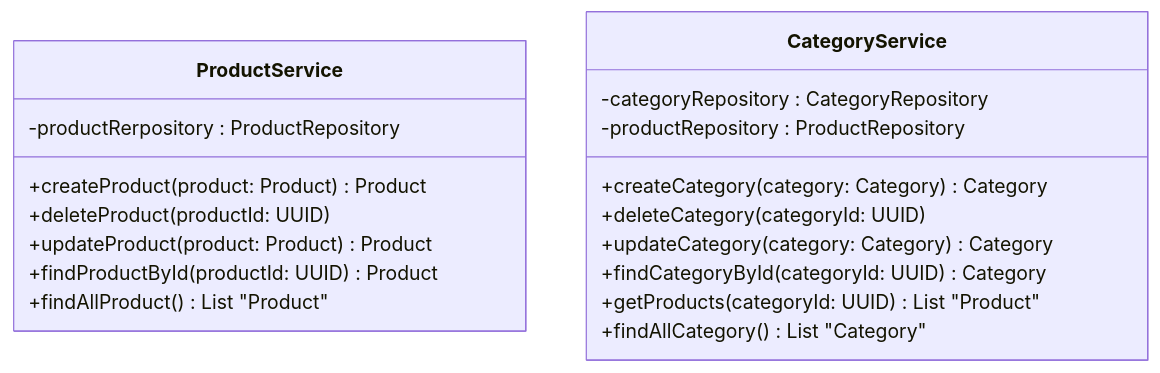
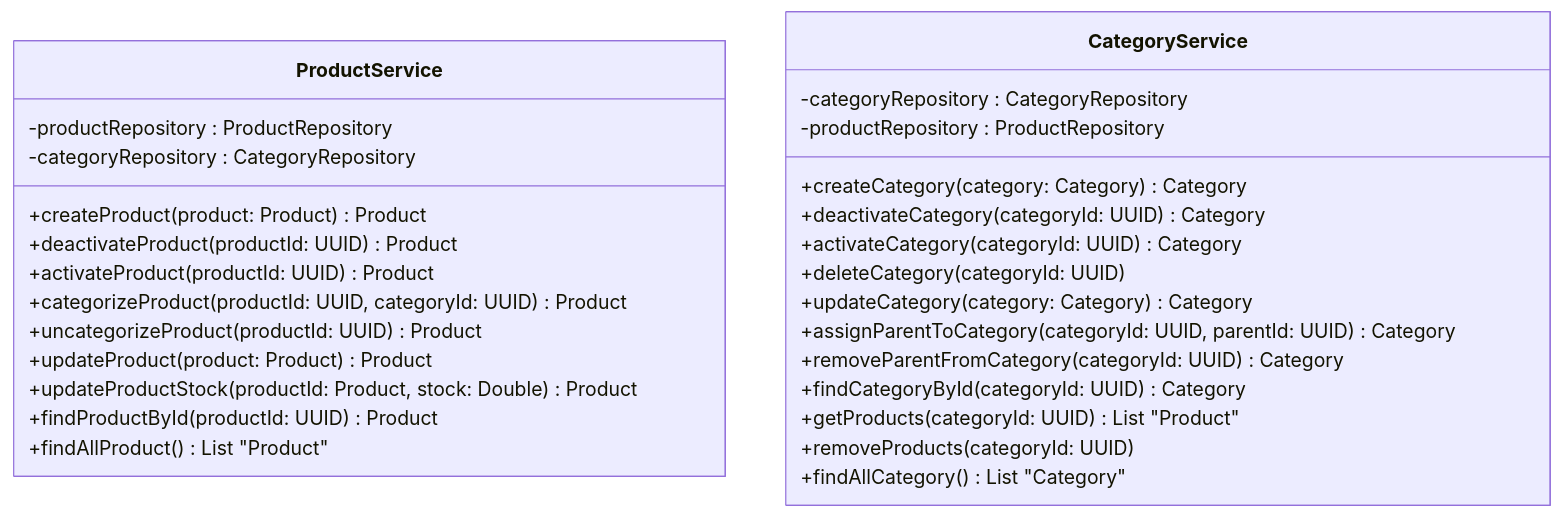
One commit to fruzsina-banyai/webshop changed the fifth of 6 diagrams in documentation/product_catalog/product_catalog.md. Above: the diagram before and after it, drawn with Mermaid. The commit also changed other lines of this file and 1 other file, not shown here.

First line of the commit message:
Update documentation for user management and product catalog (#14)

````diff
--- a/documentation/product_catalog/product_catalog.md
+++ b/documentation/product_catalog/product_catalog.md
@@ -49,21 +51,31 @@
 ```mermaid
 classDiagram
   class ProductService {
-    -productRerpository : ProductRepository
+    -productRepository : ProductRepository
+    -categoryRepository : CategoryRepository
     +createProduct(product: Product) Product
-    +deleteProduct(productId: UUID)
+    +deactivateProduct(productId: UUID) Product
+    +activateProduct(productId: UUID) Product
+    +categorizeProduct(productId: UUID, categoryId: UUID) Product
+    +uncategorizeProduct(productId: UUID) Product
     +updateProduct(product: Product) Product
+    +updateProductStock(productId: Product, stock: Double) Product 
     +findProductById(productId: UUID) Product
     +findAllProduct() List "Product" 
   }
   class CategoryService {
     -categoryRepository : CategoryRepository
     -productRepository : ProductRepository
     +createCategory(category: Category) Category
+    +deactivateCategory(categoryId: UUID) Category
+    +activateCategory(categoryId: UUID) Category
     +deleteCategory(categoryId: UUID)
     +updateCategory(category: Category) Category
+    +assignParentToCategory(categoryId: UUID, parentId: UUID) Category
+    +removeParentFromCategory(categoryId: UUID) Category
     +findCategoryById(categoryId: UUID) Category
     +getProducts(categoryId: UUID) List "Product"
+    +removeProducts(categoryId: UUID)
     +findAllCategory() List "Category" 
   }
 ```
````
